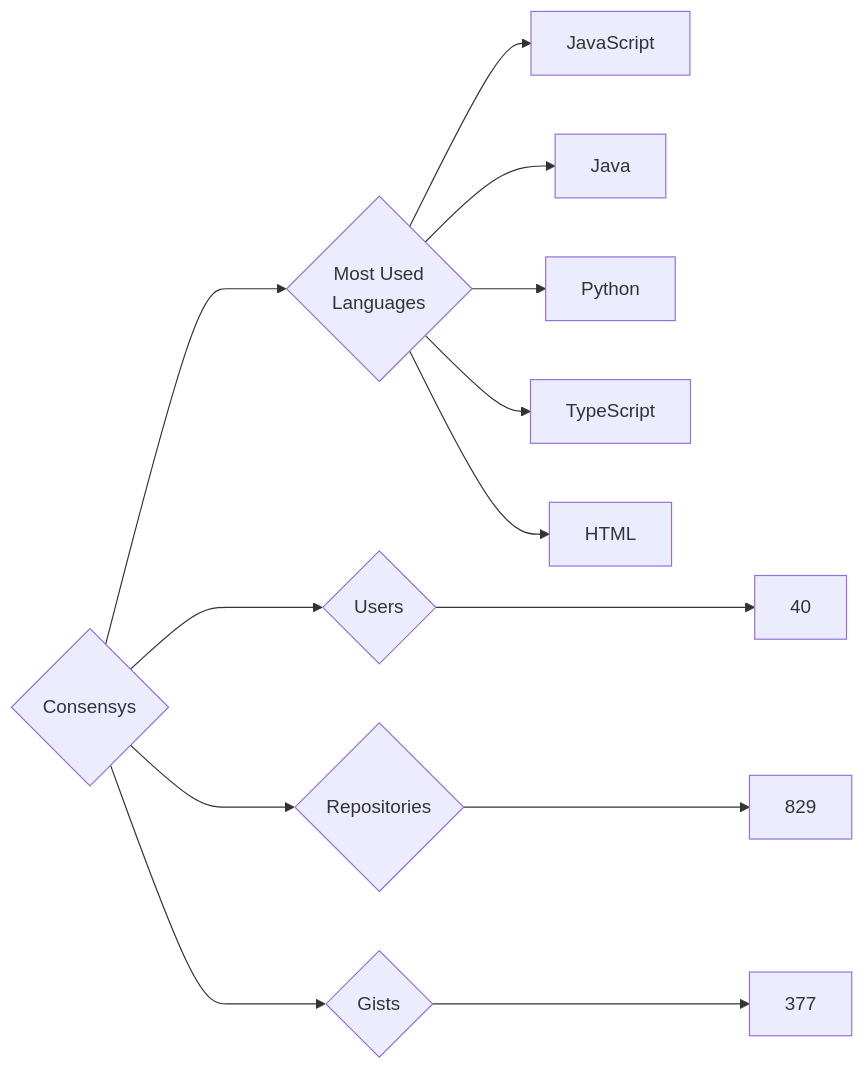
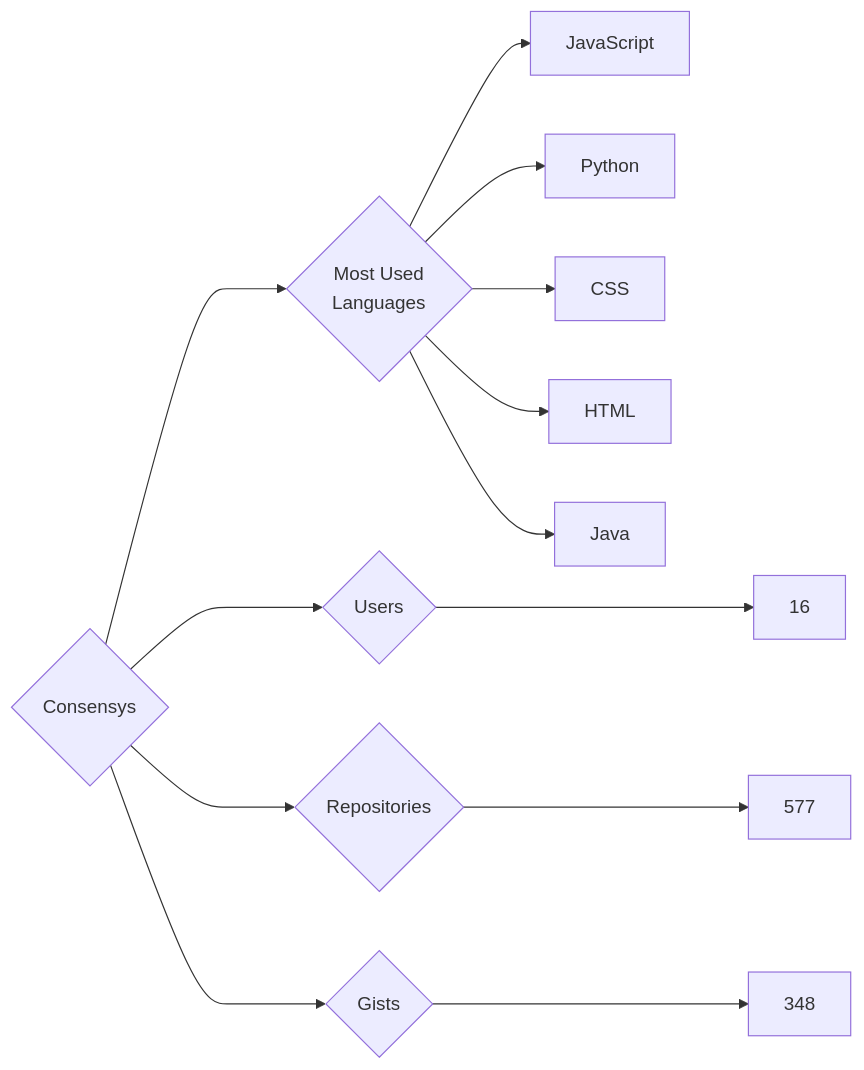
The diagram in targets/Consensys/README.md (trickest/insiders), drawn with Mermaid before and after one commit. The commit also changed 944 other files, not shown here.

````diff
--- a/targets/Consensys/README.md
+++ b/targets/Consensys/README.md
@@ -3,13 +3,13 @@
 ```mermaid
 graph LR
 COMPANY_NAME{Consensys}
-COMPANY_NAME ---> U{Users} ---> UN[40]
-COMPANY_NAME ---> R{Repositories} ---> RN[829]
-COMPANY_NAME ---> G{Gists} ---> GN[377]
+COMPANY_NAME ---> U{Users} ---> UN[16]
+COMPANY_NAME ---> R{Repositories} ---> RN[577]
+COMPANY_NAME ---> G{Gists} ---> GN[348]
 COMPANY_NAME ---> ML{Most Used<br>Languages}
 ML --> JavaScript[JavaScript]
+ML --> Python[Python]
+ML --> CSS[CSS]
+ML --> HTML[HTML]
 ML --> Java[Java]
-ML --> Python[Python]
-ML --> TypeScript[TypeScript]
-ML --> HTML[HTML]
 ```
````
